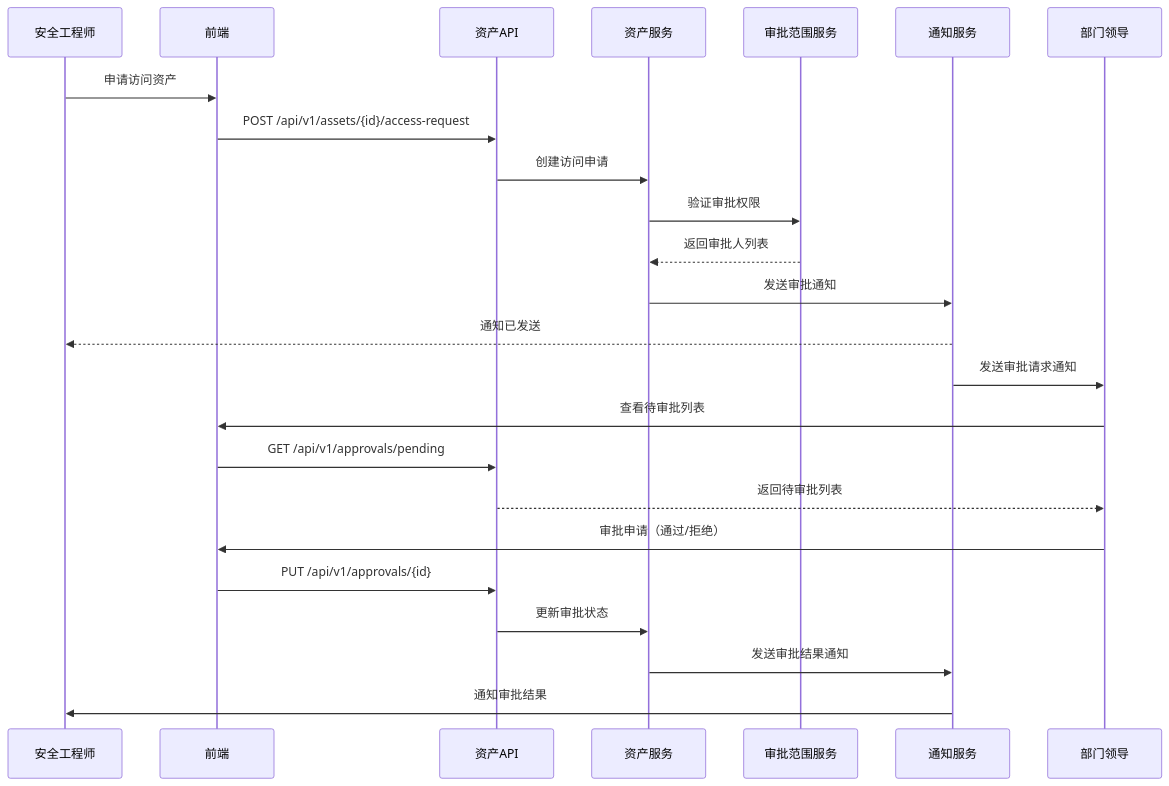
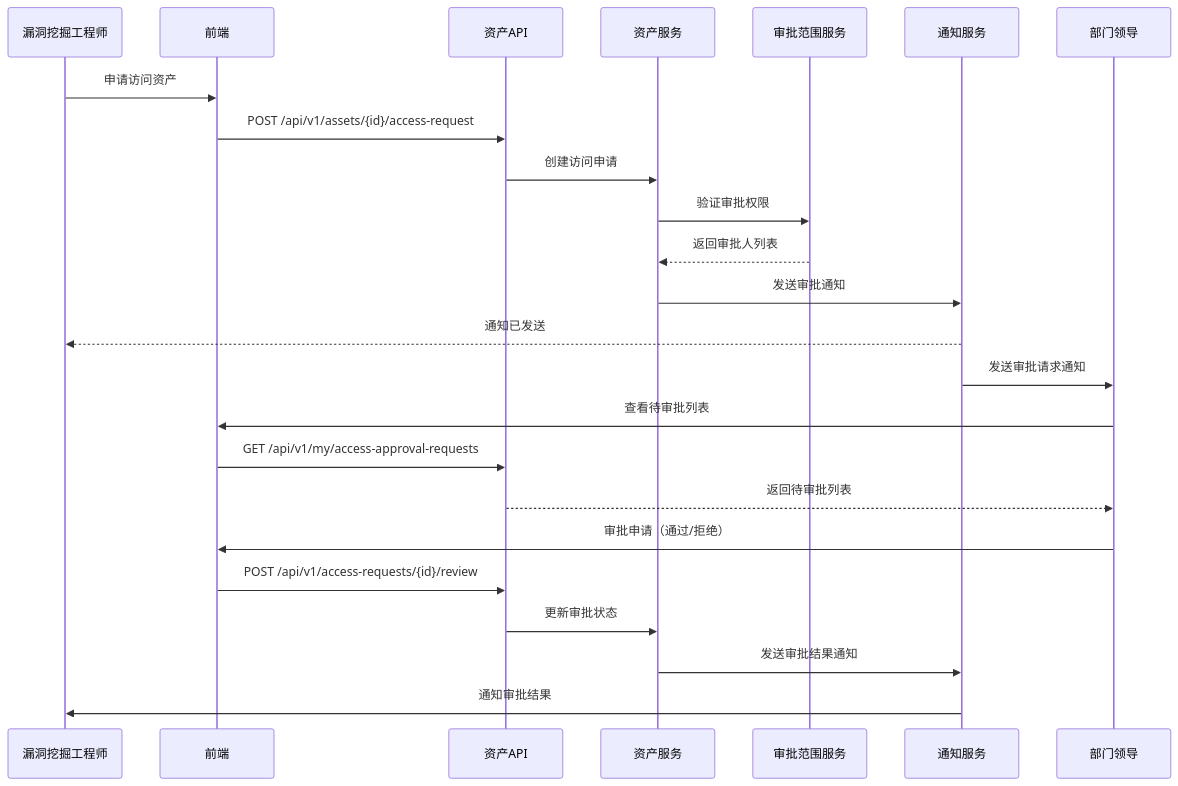
One commit to dayutech/Vuln-Audit-Lifecycle-Management changed diagram 12 of 14 in docs/design/sequence_diagram.md. Above: the diagram before and after it, drawn with Mermaid. The commit also changed other lines of this file and 11 other files, not shown here.

````diff
--- a/docs/design/sequence_diagram.md
+++ b/docs/design/sequence_diagram.md
@@ -366,29 +366,29 @@
 ```mermaid
 sequenceDiagram
-    participant Engineer as 安全工程师
+    participant Engineer as 漏洞挖掘工程师
     participant Frontend as 前端
     participant AssetAPI as 资产API
     participant AssetService as 资产服务
     participant ApprovalScopeService as 审批范围服务
     participant NotificationService as 通知服务
     participant Leader as 部门领导
 
     Engineer->>Frontend: 申请访问资产
     Frontend->>AssetAPI: POST /api/v1/assets/{id}/access-request
     AssetAPI->>AssetService: 创建访问申请
     AssetService->>ApprovalScopeService: 验证审批权限
     ApprovalScopeService-->>AssetService: 返回审批人列表
     AssetService->>NotificationService: 发送审批通知
     NotificationService-->>Engineer: 通知已发送
     NotificationService->>Leader: 发送审批请求通知
     
     Leader->>Frontend: 查看待审批列表
-    Frontend->>AssetAPI: GET /api/v1/approvals/pending
+    Frontend->>AssetAPI: GET /api/v1/my/access-approval-requests
     AssetAPI-->>Leader: 返回待审批列表
     
     Leader->>Frontend: 审批申请（通过/拒绝）
-    Frontend->>AssetAPI: PUT /api/v1/approvals/{id}
+    Frontend->>AssetAPI: POST /api/v1/access-requests/{id}/review
     AssetAPI->>AssetService: 更新审批状态
     AssetService->>NotificationService: 发送审批结果通知
     NotificationService->>Engineer: 通知审批结果
 ```
````
